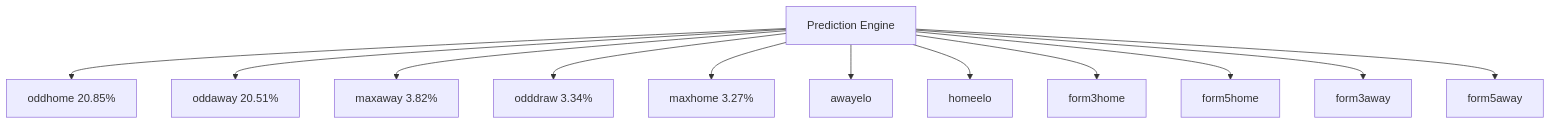
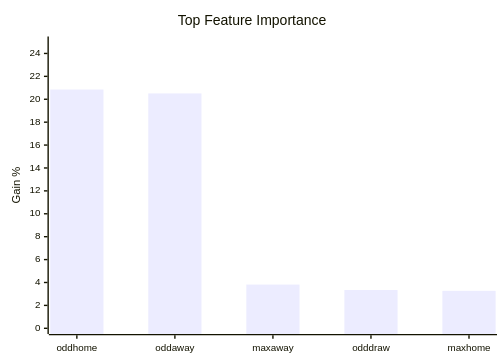
The third of 9 diagrams in Match_Prediction_Intelligence.md (sai-ganesh-4539/StatVault), drawn with Mermaid before and after one commit. The commit also changed other lines of this file, not shown here.

````diff
--- a/Match_Prediction_Intelligence.md
+++ b/Match_Prediction_Intelligence.md
@@ -103,21 +135,11 @@
 ```mermaid
-graph TD
+xychart-beta
 
-A[Prediction Engine]
+title "Top Feature Importance"
 
-A --> B[oddhome 20.85%]
-A --> C[oddaway 20.51%]
+x-axis [oddhome,oddaway,maxaway,odddraw,maxhome]
 
-A --> D[maxaway 3.82%]
-A --> E[odddraw 3.34%]
-A --> F[maxhome 3.27%]
+y-axis "Gain %" 0 --> 25
 
-A --> G[awayelo]
-A --> H[homeelo]
-
-A --> I[form3home]
-A --> J[form5home]
-
-A --> K[form3away]
-A --> L[form5away]
+bar [20.85,20.51,3.82,3.34,3.27]
 ```
````
